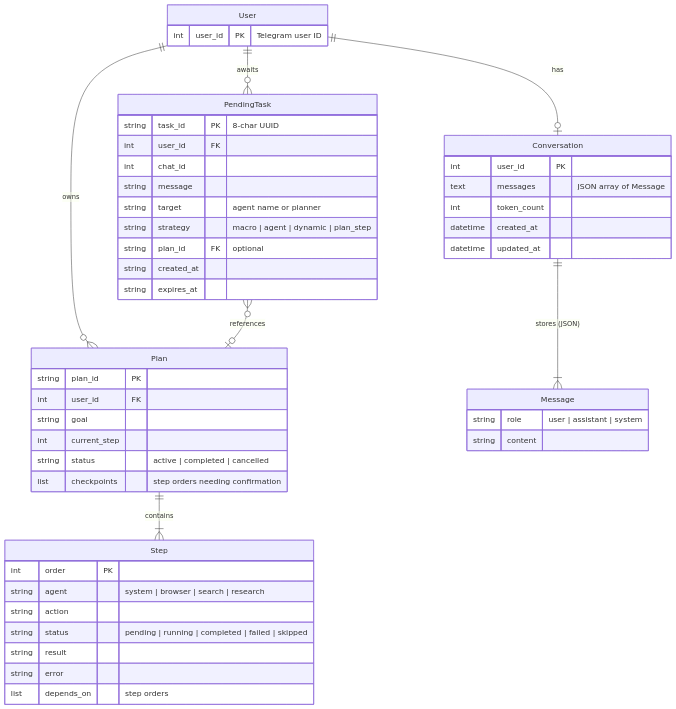
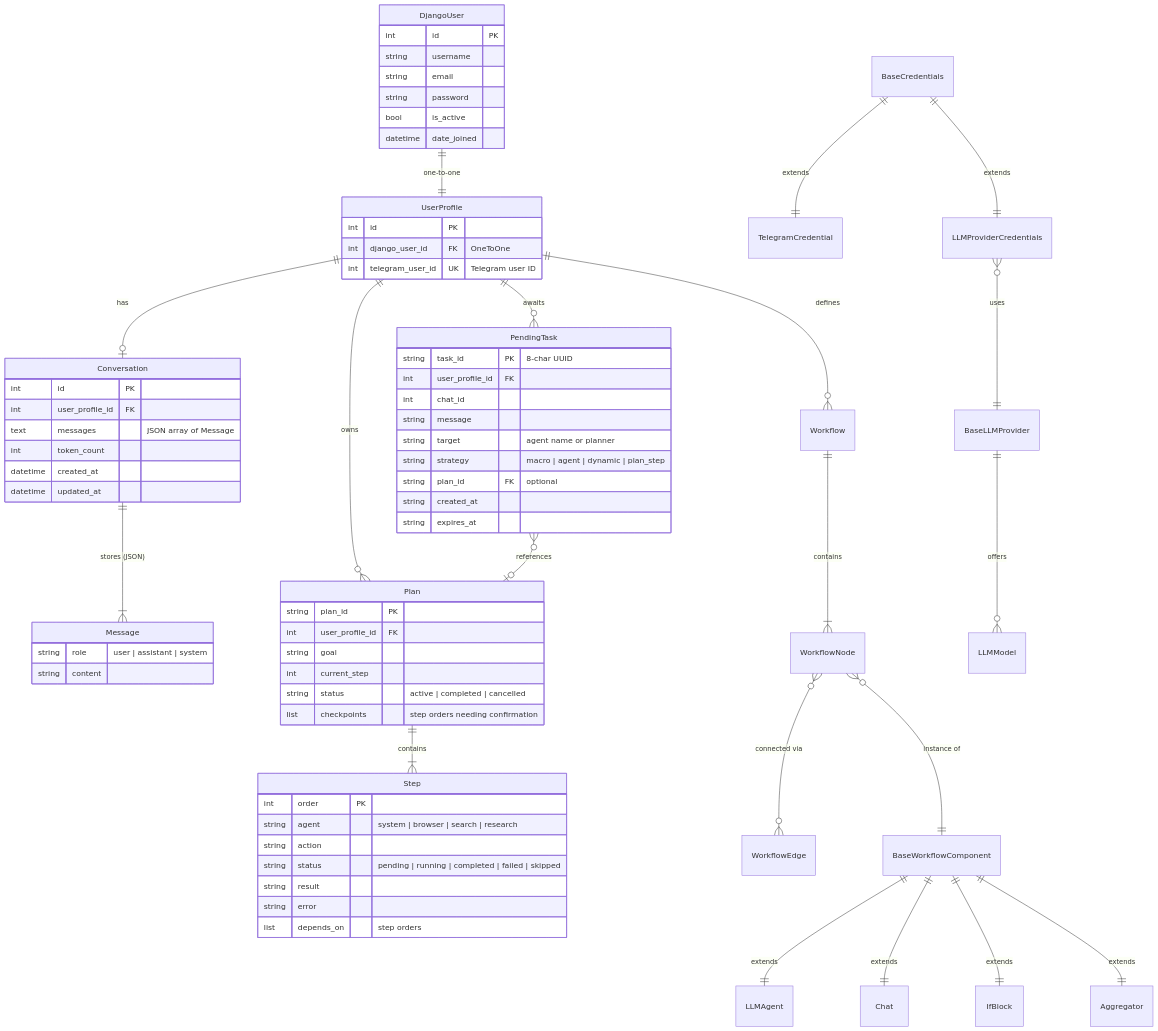
The first of 6 diagrams in docs/domain_model.md (theuselessai/Pipelit), drawn with Mermaid before and after one commit. The commit also changed other lines of this file, not shown here.

Commit message:
Update domain model with Django user, credentials, system config, and n8n-style workflow components

````diff
--- a/docs/domain_model.md
+++ b/docs/domain_model.md
@@ -3,18 +5,45 @@
 ```mermaid
 erDiagram
-    User ||--o| Conversation : has
-    User ||--o{ Plan : owns
-    User ||--o{ PendingTask : awaits
+    DjangoUser ||--|| UserProfile : "one-to-one"
+    UserProfile ||--o| Conversation : has
+    UserProfile ||--o{ Plan : owns
+    UserProfile ||--o{ PendingTask : awaits
+    UserProfile ||--o{ Workflow : defines
     Plan ||--|{ Step : contains
-    PendingTask }o--o| Plan : "references"
+    PendingTask }o--o| Plan : references
     Conversation ||--|{ Message : "stores (JSON)"
 
-    User {
-        int user_id PK "Telegram user ID"
+    BaseCredentials ||--|| TelegramCredential : extends
+    BaseCredentials ||--|| LLMProviderCredentials : extends
+    LLMProviderCredentials }o--|| BaseLLMProvider : "uses"
+    BaseLLMProvider ||--o{ LLMModel : offers
+
+    Workflow ||--|{ WorkflowNode : contains
+    WorkflowNode }o--o{ WorkflowEdge : "connected via"
+    BaseWorkflowComponent ||--|| LLMAgent : extends
+    BaseWorkflowComponent ||--|| Chat : extends
+    BaseWorkflowComponent ||--|| IfBlock : extends
+    BaseWorkflowComponent ||--|| Aggregator : extends
+    WorkflowNode }o--|| BaseWorkflowComponent : "instance of"
+
+    DjangoUser {
+        int id PK
+        string username
+        string email
+        string password
+        bool is_active
+        datetime date_joined
+    }
+
+    UserProfile {
+        int id PK
+        int django_user_id FK "OneToOne"
+        int telegram_user_id UK "Telegram user ID"
     }
 
     Conversation {
-        int user_id PK
+        int id PK
+        int user_profile_id FK
         text messages "JSON array of Message"
         int token_count
         datetime created_at
@@ -28,7 +57,7 @@
 
     Plan {
         string plan_id PK
-        int user_id FK
+        int user_profile_id FK
         string goal
         int current_step
         string status "active | completed | cancelled"
@@ -47,7 +76,7 @@
 
     PendingTask {
         string task_id PK "8-char UUID"
-        int user_id FK
+        int user_profile_id FK
         int chat_id
         string message
         string target "agent name or planner"
````
